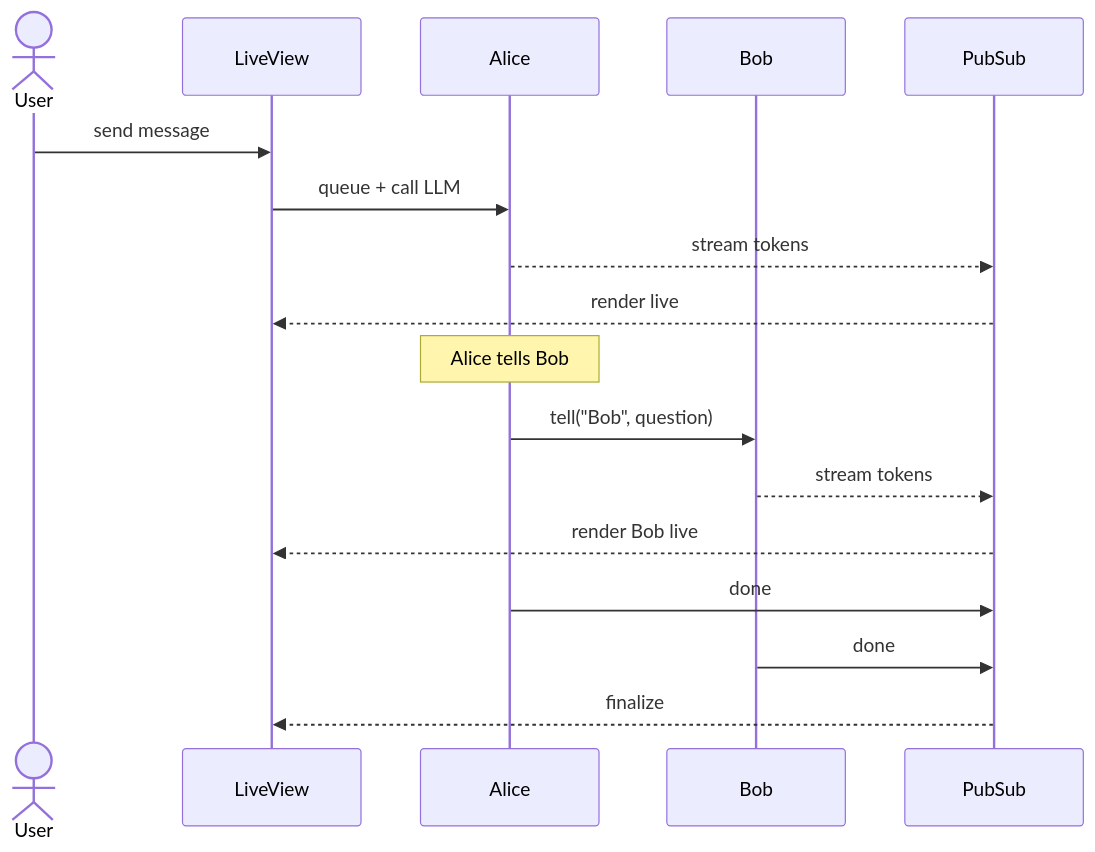
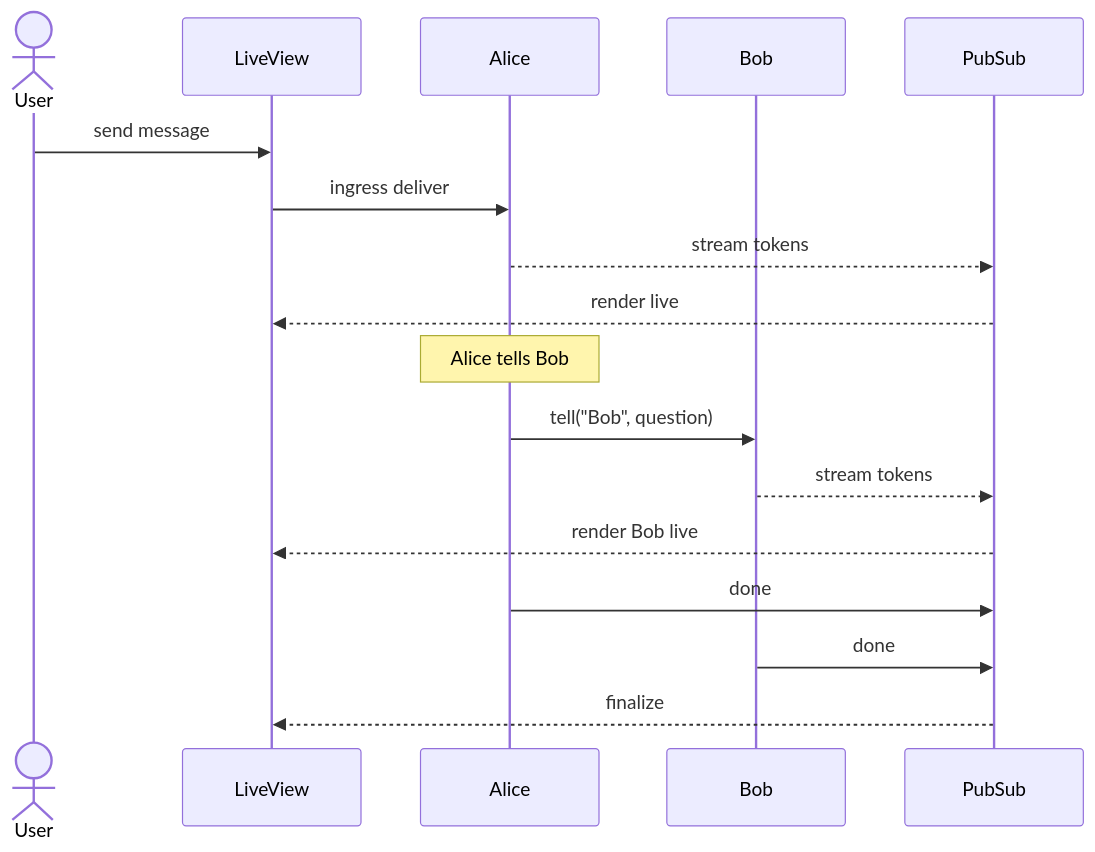
The second of 2 diagrams in README.md (VMinB12/murmur), drawn with Mermaid before and after one commit. The commit also changed other lines of this file and 60 other files, not shown here.

````diff
--- a/README.md
+++ b/README.md
@@ -92,22 +92,22 @@
 ```mermaid
 sequenceDiagram
     actor User
     participant UI as LiveView
     participant RA as Alice
     participant RB as Bob
     participant PS as PubSub
 
     User->>UI: send message
-    UI->>RA: queue + call LLM
+    UI->>RA: ingress deliver
     RA-->>PS: stream tokens
     PS-->>UI: render live
 
     Note over RA: Alice tells Bob
     RA->>RB: tell("Bob", question)
     RB-->>PS: stream tokens
     PS-->>UI: render Bob live
 
     RA->>PS: done
     RB->>PS: done
     PS-->>UI: finalize
 ```
````
